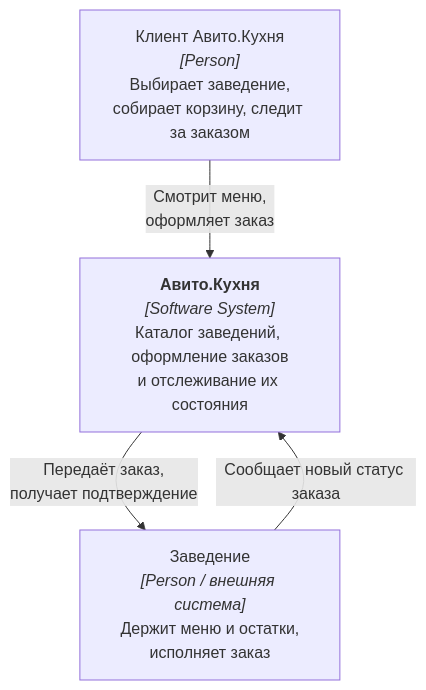
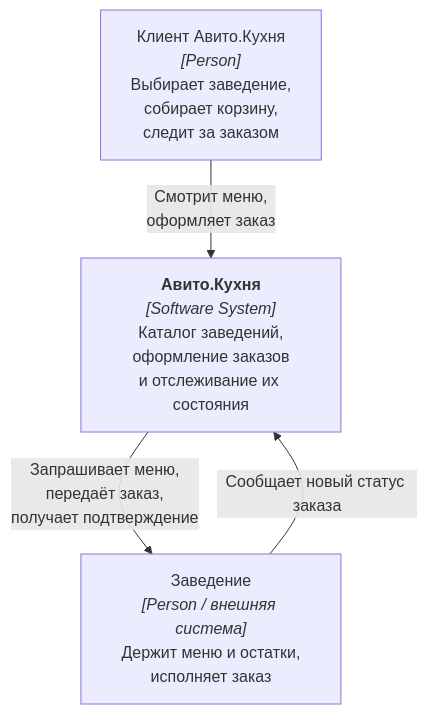
One commit to LolFolUp/avito changed the fifth of 10 diagrams in README.md. Above: the diagram before and after it, drawn with Mermaid. The commit also changed other lines of this file and 11 other files, not shown here.

````diff
--- a/README.md
+++ b/README.md
@@ -201,11 +218,11 @@
 ```mermaid
 flowchart TB
-    Client["Клиент Авито.Кухня<br/><i>[Person]</i><br/>Выбирает заведение,<br/>собирает корзину, следит за заказом"]
+    Client["Клиент Авито.Кухня<br/><i>[Person]</i><br/>Выбирает заведение,<br/>собирает корзину,<br/>следит за заказом"]
     Partner["Заведение<br/><i>[Person / внешняя система]</i><br/>Держит меню и остатки,<br/>исполняет заказ"]
 
-    System["<b>Авито.Кухня</b><br/><i>[Software System]</i><br/>Каталог заведений, оформление заказов<br/>и отслеживание их состояния"]
+    System["<b>Авито.Кухня</b><br/><i>[Software System]</i><br/>Каталог заведений,<br/>оформление заказов<br/>и отслеживание их состояния"]
 
     Client -->|"Смотрит меню,<br/>оформляет заказ"| System
-    System -->|"Передаёт заказ,<br/>получает подтверждение"| Partner
+    System -->|"Запрашивает меню,<br/>передаёт заказ,<br/>получает подтверждение"| Partner
     Partner -->|"Сообщает новый статус заказа"| System
 ```
````
